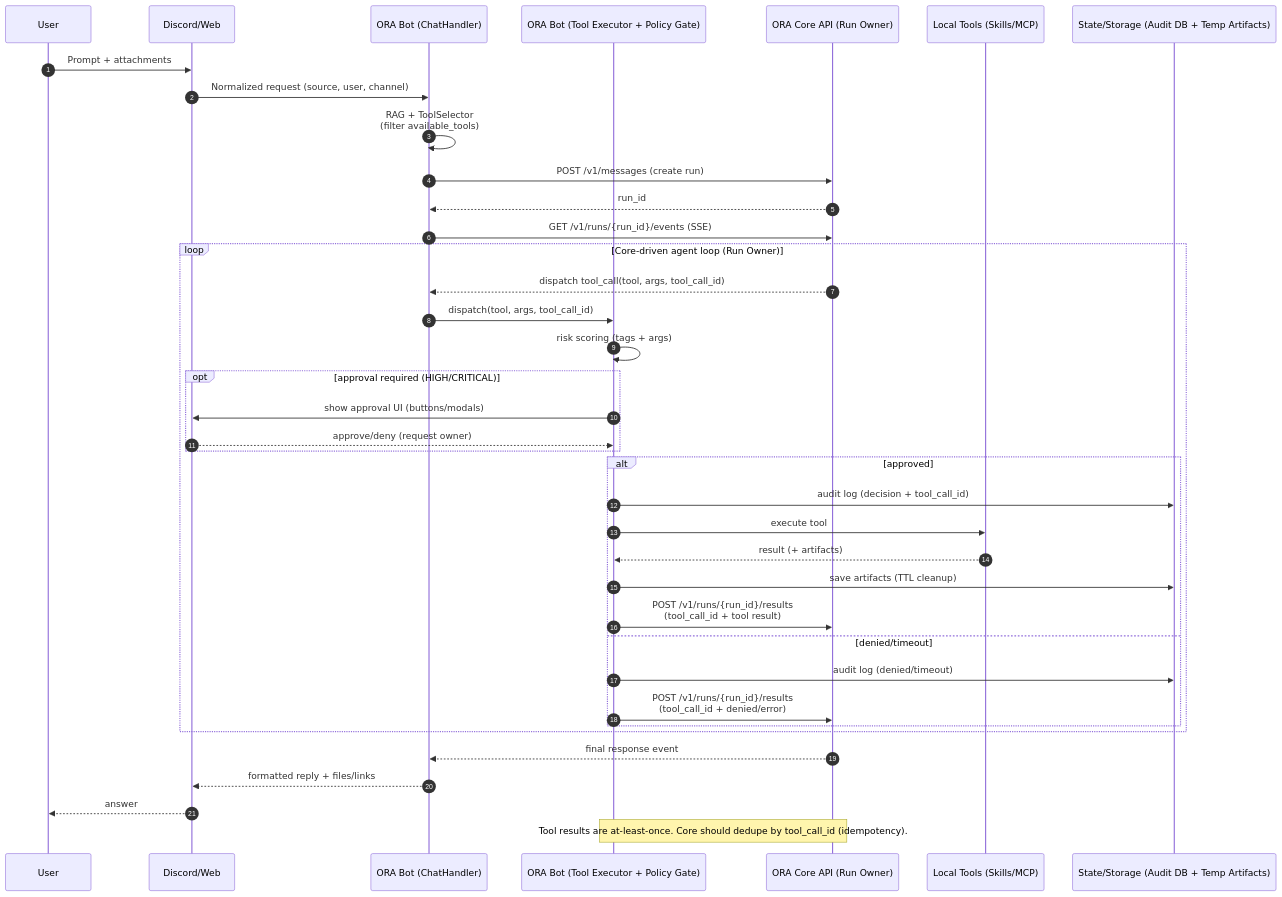
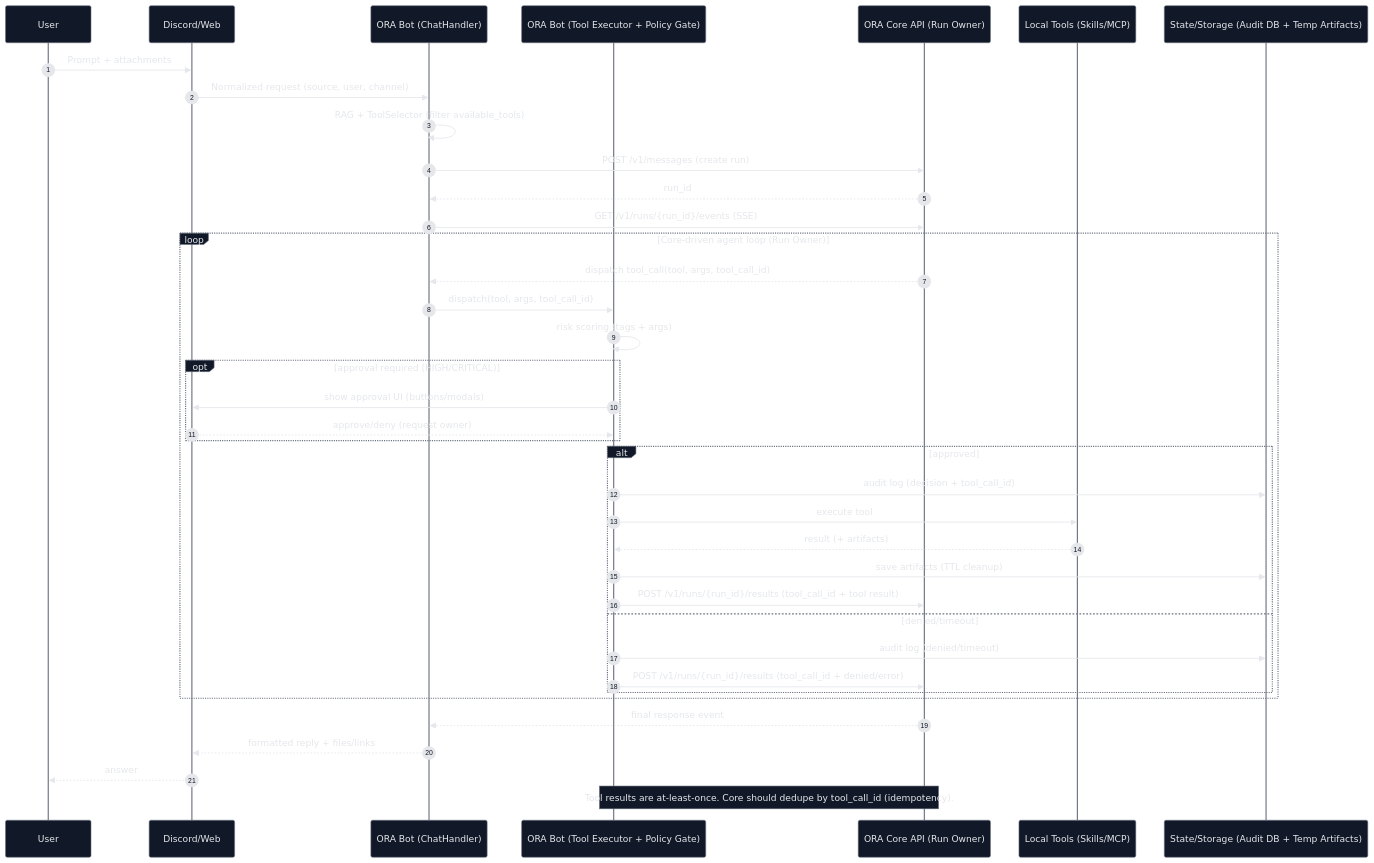
One commit to YoneRai12/ORA changed the diagram in README.md. Above: the diagram before and after it, drawn with Mermaid. The commit also changed other lines of this file and 11 other files, not shown here.

````diff
--- a/README.md
+++ b/README.md
@@ -70,44 +176,45 @@
 ```mermaid
+%%{init: {"theme":"base","themeVariables":{"mainBkg":"#0d1117","textColor":"#e5e7eb","lineColor":"#9ca3af","primaryColor":"#111827","primaryTextColor":"#e5e7eb","primaryBorderColor":"#6b7280","actorBkg":"#111827","actorBorder":"#6b7280","actorTextColor":"#e5e7eb","actorLineColor":"#6b7280","signalColor":"#e5e7eb","signalTextColor":"#e5e7eb","sequenceNumberBgColor":"#e5e7eb","sequenceNumberColor":"#111827","labelBoxBkgColor":"#111827","labelBoxBorderColor":"#6b7280","labelTextColor":"#e5e7eb","loopBkgColor":"#111827","loopBorderColor":"#6b7280","loopTextColor":"#e5e7eb","noteBkgColor":"#111827","noteBorderColor":"#6b7280","noteTextColor":"#e5e7eb","activationBkgColor":"#1f2937","activationBorderColor":"#6b7280"}}}%%
 sequenceDiagram
     autonumber
     participant U as User
     participant P as Discord/Web
     participant CH as ORA Bot (ChatHandler)
     participant EX as ORA Bot (Tool Executor + Policy Gate)
     participant CORE as ORA Core API (Run Owner)
     participant LT as Local Tools (Skills/MCP)
     participant ST as State/Storage (Audit DB + Temp Artifacts)
 
     U->>P: Prompt + attachments
     P->>CH: Normalized request (source, user, channel)
-    CH->>CH: RAG + ToolSelector<br/>(filter available_tools)
+    CH->>CH: RAG + ToolSelector (filter available_tools)
     CH->>CORE: POST /v1/messages (create run)
     CORE-->>CH: run_id
     CH->>CORE: GET /v1/runs/{run_id}/events (SSE)
 
     loop Core-driven agent loop (Run Owner)
         CORE-->>CH: dispatch tool_call(tool, args, tool_call_id)
         CH->>EX: dispatch(tool, args, tool_call_id)
         EX->>EX: risk scoring (tags + args)
         opt approval required (HIGH/CRITICAL)
             EX->>P: show approval UI (buttons/modals)
             P-->>EX: approve/deny (request owner)
         end
         alt approved
             EX->>ST: audit log (decision + tool_call_id)
             EX->>LT: execute tool
             LT-->>EX: result (+ artifacts)
             EX->>ST: save artifacts (TTL cleanup)
-            EX->>CORE: POST /v1/runs/{run_id}/results<br/>(tool_call_id + tool result)
+            EX->>CORE: POST /v1/runs/{run_id}/results (tool_call_id + tool result)
         else denied/timeout
             EX->>ST: audit log (denied/timeout)
-            EX->>CORE: POST /v1/runs/{run_id}/results<br/>(tool_call_id + denied/error)
+            EX->>CORE: POST /v1/runs/{run_id}/results (tool_call_id + denied/error)
         end
     end
 
     CORE-->>CH: final response event
     CH-->>P: formatted reply + files/links
     P-->>U: answer
 
     Note over EX,CORE: Tool results are at-least-once. Core should dedupe by tool_call_id (idempotency).
 ```
````
